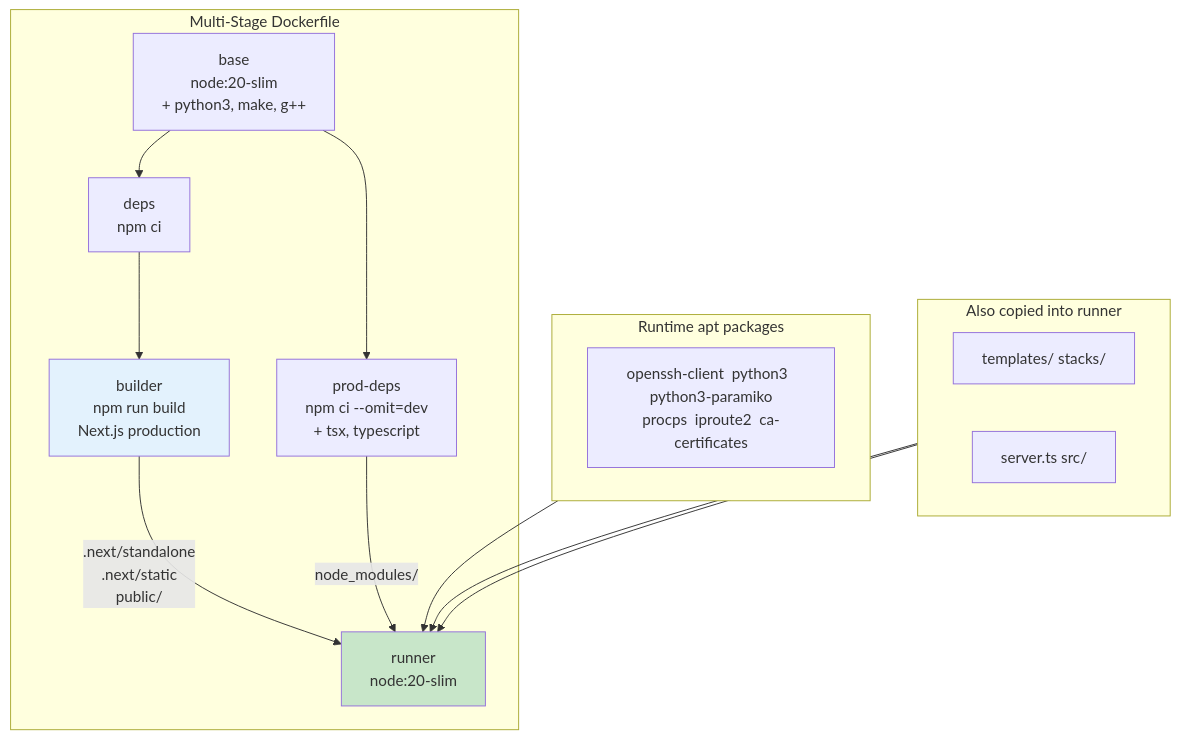
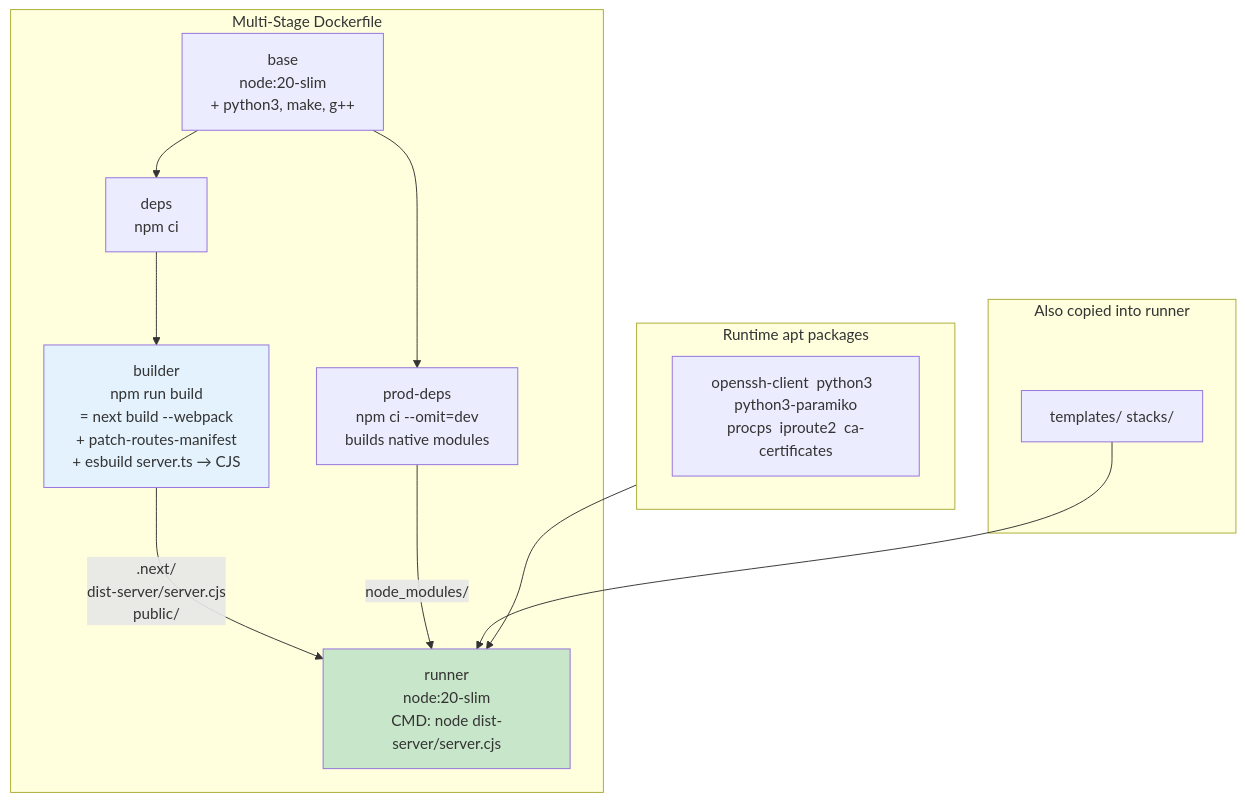
The fourth of 8 diagrams in docs/INSTALLATION.md (mdopp/servicebay), drawn with Mermaid before and after one commit. The commit also changed other lines of this file and 2 other files, not shown here.

First line of the commit message:
docs: sync README + INSTALLATION + ARCHITECTURE with recent feature work

````diff
--- a/docs/INSTALLATION.md
+++ b/docs/INSTALLATION.md
@@ -127,33 +127,30 @@
 ```mermaid
 flowchart TD
     subgraph "Multi-Stage Dockerfile"
         B[base<br/>node:20-slim<br/>+ python3, make, g++]
         D[deps<br/>npm ci]
-        BU[builder<br/>npm run build<br/>Next.js production]
-        P[prod-deps<br/>npm ci --omit=dev<br/>+ tsx, typescript]
-        R[runner<br/>node:20-slim]
+        BU[builder<br/>npm run build<br/>= next build --webpack<br/>+ patch-routes-manifest<br/>+ esbuild server.ts → CJS]
+        P[prod-deps<br/>npm ci --omit=dev<br/>builds native modules]
+        R[runner<br/>node:20-slim<br/>CMD: node dist-server/server.cjs]
     end
 
     B --> D --> BU
     B --> P
 
-    BU -->|.next/standalone<br/>.next/static<br/>public/| R
+    BU -->|.next/<br/>dist-server/server.cjs<br/>public/| R
     P -->|node_modules/| R
 
     subgraph "Also copied into runner"
-        direction LR
         T[templates/ stacks/]
-        SRC[server.ts src/]
     end
     T --> R
-    SRC --> R
 
     subgraph "Runtime apt packages"
         direction LR
         PKG[openssh-client  python3  python3-paramiko<br/>procps  iproute2  ca-certificates]
     end
     PKG --> R
 
     style R fill:#c8e6c9
     style BU fill:#e3f2fd
 ```
````
